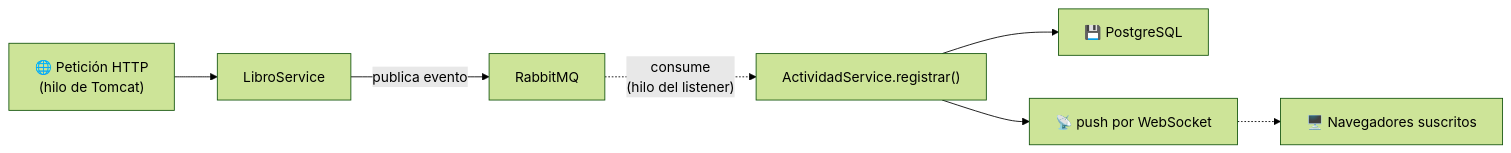
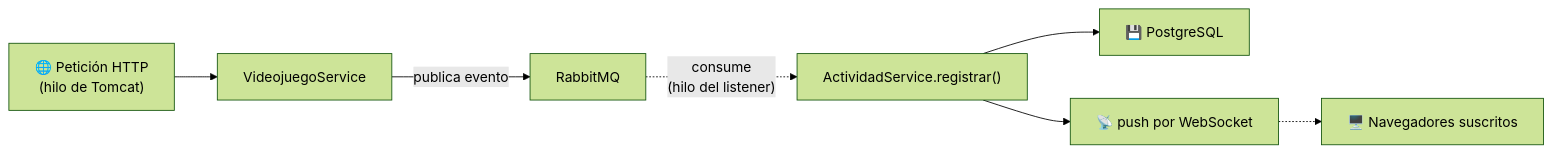
Before and after one commit to aitorventura/programacion-servicios-procesos: the diagram in docs/tema4/actividad-en-vivo-cierre.md, drawn with Mermaid (forest theme). The commit also changed 29 other files, not shown here.

````diff
--- a/docs/tema4/actividad-en-vivo-cierre.md
+++ b/docs/tema4/actividad-en-vivo-cierre.md
@@ -15,9 +15,9 @@
 ```mermaid
 flowchart LR
-    A["🌐 Petición HTTP<br/>(hilo de Tomcat)"] --> B["LibroService"]
+    A["🌐 Petición HTTP<br/>(hilo de Tomcat)"] --> B["VideojuegoService"]
     B -->|"publica evento"| C["RabbitMQ"]
     C -.->|"consume<br/>(hilo del listener)"| D["ActividadService.registrar()"]
     D --> E["💾 PostgreSQL"]
     D --> F["📡 push por WebSocket"]
     F -.-> G["🖥️ Navegadores suscritos"]
 ```
````
